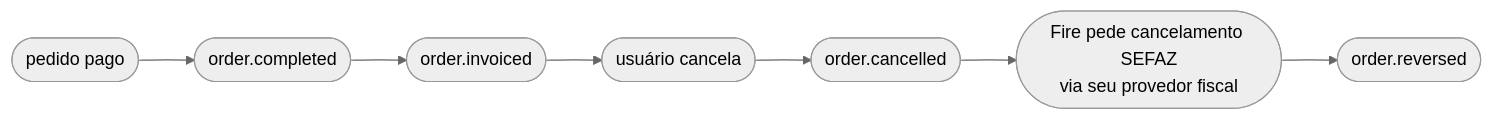
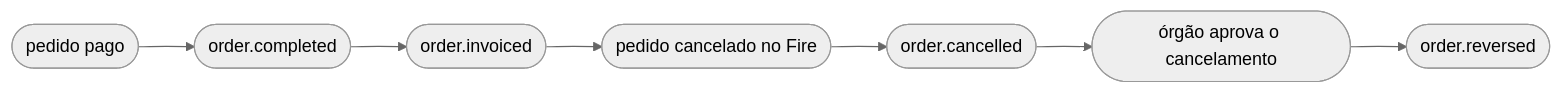
One commit to fire-rest/documentation changed the diagram in pt/events/order-reversed.mdx. Above: the diagram before and after it, drawn with Mermaid (neutral theme). The commit also changed other lines of this file and 26 other files, not shown here.

````diff
--- a/pt/events/order-reversed.mdx
+++ b/pt/events/order-reversed.mdx
@@ -135,9 +126,9 @@
 ```mermaid
 flowchart LR
     A([pedido pago]) --> B([order.completed])
     B --> C([order.invoiced])
-    C --> D([usuário cancela])
+    C --> D([pedido cancelado no Fire])
     D --> E([order.cancelled])
-    E --> F([Fire pede cancelamento SEFAZ<br/>via seu provedor fiscal])
+    E --> F([órgão aprova o cancelamento])
     F --> G([order.reversed])
 ```
````
